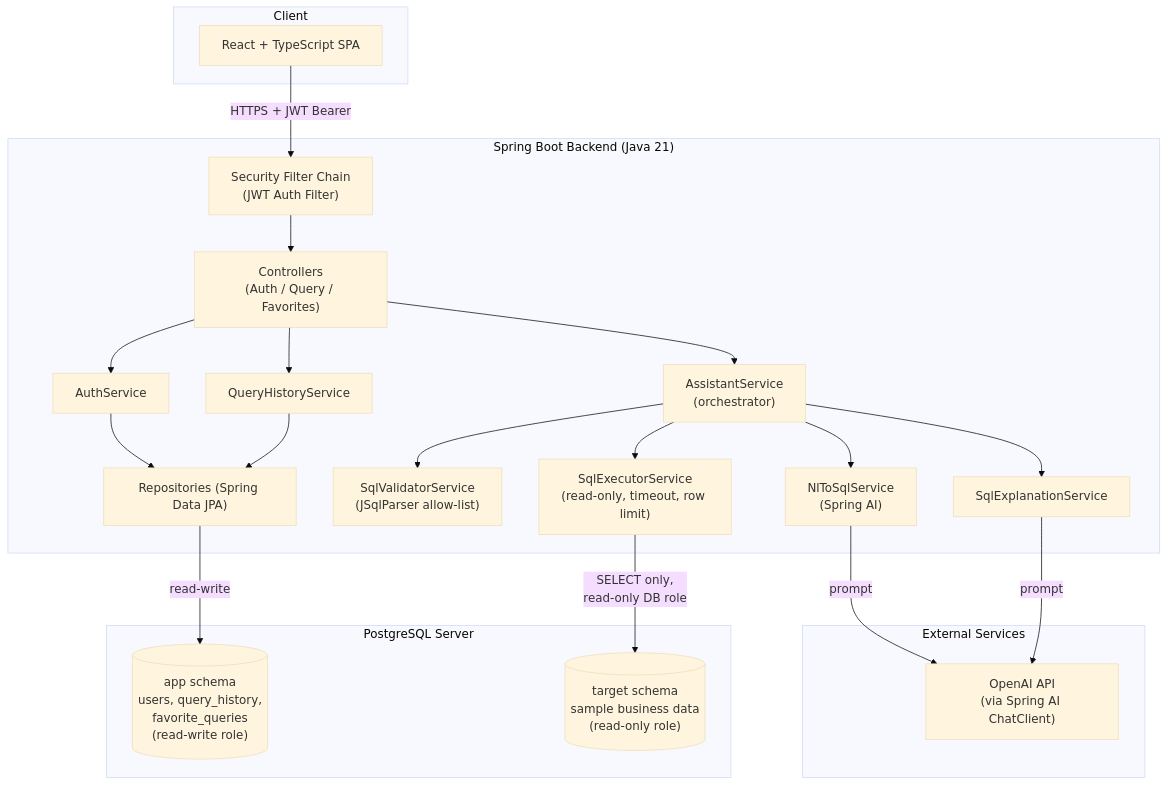
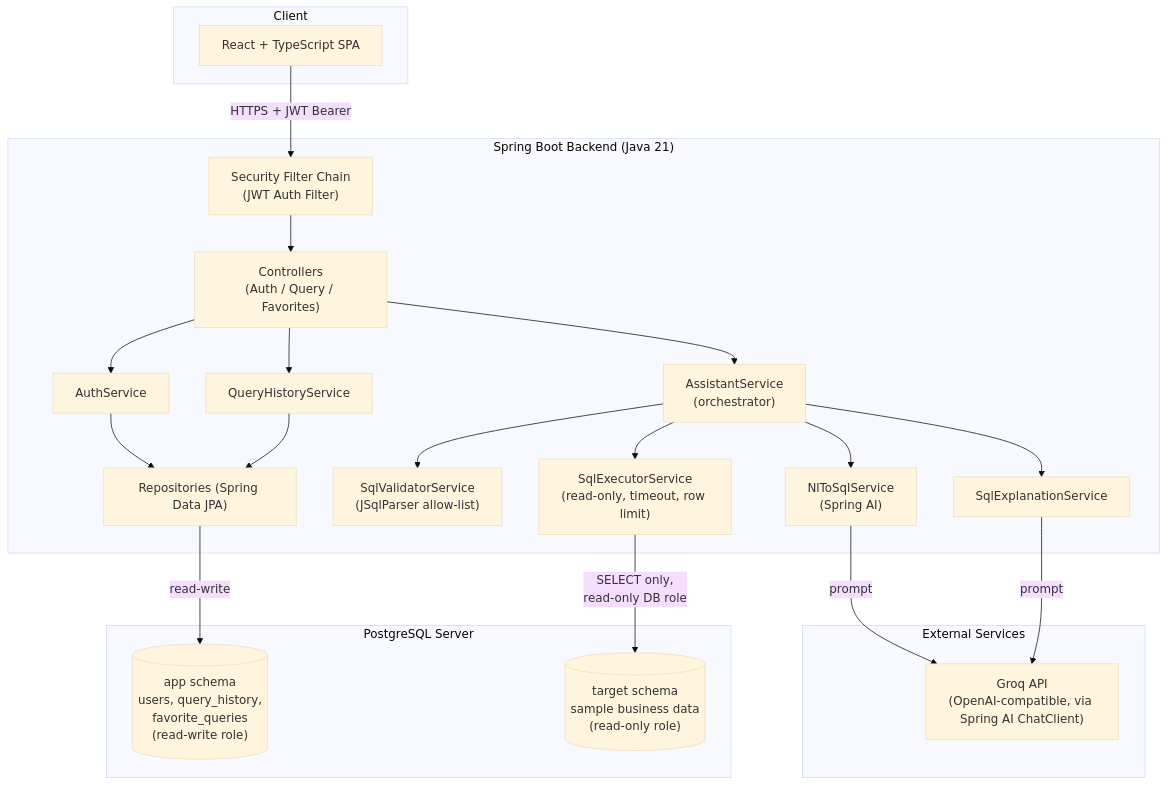
The first of 4 diagrams in ARCHITECTURE.md (anuraggupta819/SQLGenie), drawn with Mermaid (base theme) before and after one commit. The commit also changed other lines of this file and 3 other files, not shown here.

First line of the commit message:
Switch LLM provider to Groq (OpenAI-compatible endpoint)

````diff
--- a/ARCHITECTURE.md
+++ b/ARCHITECTURE.md
@@ -12,44 +12,44 @@
 ```mermaid
 flowchart TB
     subgraph Client["Client"]
         FE["React + TypeScript SPA"]
     end
 
     subgraph Backend["Spring Boot Backend (Java 21)"]
         SEC["Security Filter Chain\n(JWT Auth Filter)"]
         CTRL["Controllers\n(Auth / Query / Favorites)"]
         AUTHSVC["AuthService"]
         ASSIST["AssistantService\n(orchestrator)"]
         NLSQL["NlToSqlService\n(Spring AI)"]
         VALID["SqlValidatorService\n(JSqlParser allow-list)"]
         EXEC["SqlExecutorService\n(read-only, timeout, row limit)"]
         EXPLAIN["SqlExplanationService"]
         HISTSVC["QueryHistoryService"]
         REPO["Repositories (Spring Data JPA)"]
     end
 
     subgraph External["External Services"]
-        OPENAI["OpenAI API\n(via Spring AI ChatClient)"]
+        OPENAI["Groq API\n(OpenAI-compatible, via Spring AI ChatClient)"]
     end
 
     subgraph DB["PostgreSQL Server"]
         APPSCHEMA[("app schema\nusers, query_history,\nfavorite_queries\n(read-write role)")]
         TARGETSCHEMA[("target schema\nsample business data\n(read-only role)")]
     end
 
     FE -->|"HTTPS + JWT Bearer"| SEC
     SEC --> CTRL
     CTRL --> AUTHSVC
     CTRL --> ASSIST
     CTRL --> HISTSVC
     ASSIST --> NLSQL
     ASSIST --> VALID
     ASSIST --> EXEC
     ASSIST --> EXPLAIN
     NLSQL -->|"prompt"| OPENAI
     EXPLAIN -->|"prompt"| OPENAI
     AUTHSVC --> REPO
     HISTSVC --> REPO
     REPO -->|"read-write"| APPSCHEMA
     EXEC -->|"SELECT only,\nread-only DB role"| TARGETSCHEMA
 ```
````
